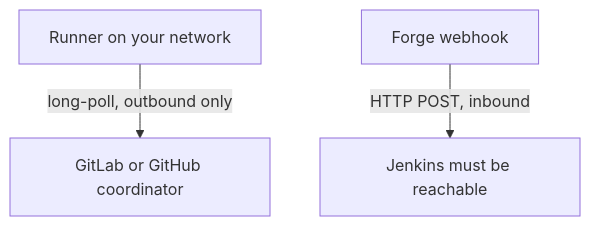
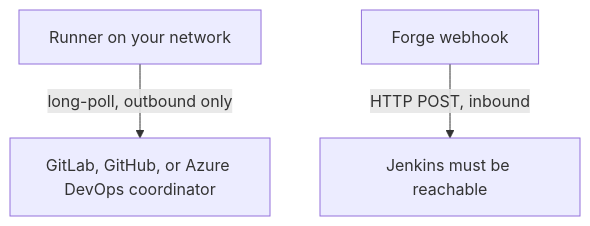
One commit to locchh/sw-handbook changed the third of 9 diagrams in docs/software/tool_tip/cicd.md. Above: the diagram before and after it, drawn with Mermaid. The commit also changed other lines of this file and 2 other files, not shown here.

Commit message:
docs: add Azure Pipelines to the CI/CD Platforms page

````diff
--- a/docs/software/tool_tip/cicd.md
+++ b/docs/software/tool_tip/cicd.md
@@ -72,5 +73,5 @@
 ```mermaid
 flowchart TB
-    RN[Runner on your network] -->|long-poll, outbound only| GC[GitLab or GitHub coordinator]
+    RN[Runner on your network] -->|long-poll, outbound only| GC[GitLab, GitHub, or Azure DevOps coordinator]
     GH[Forge webhook] -->|HTTP POST, inbound| JK[Jenkins must be reachable]
 ```
````
